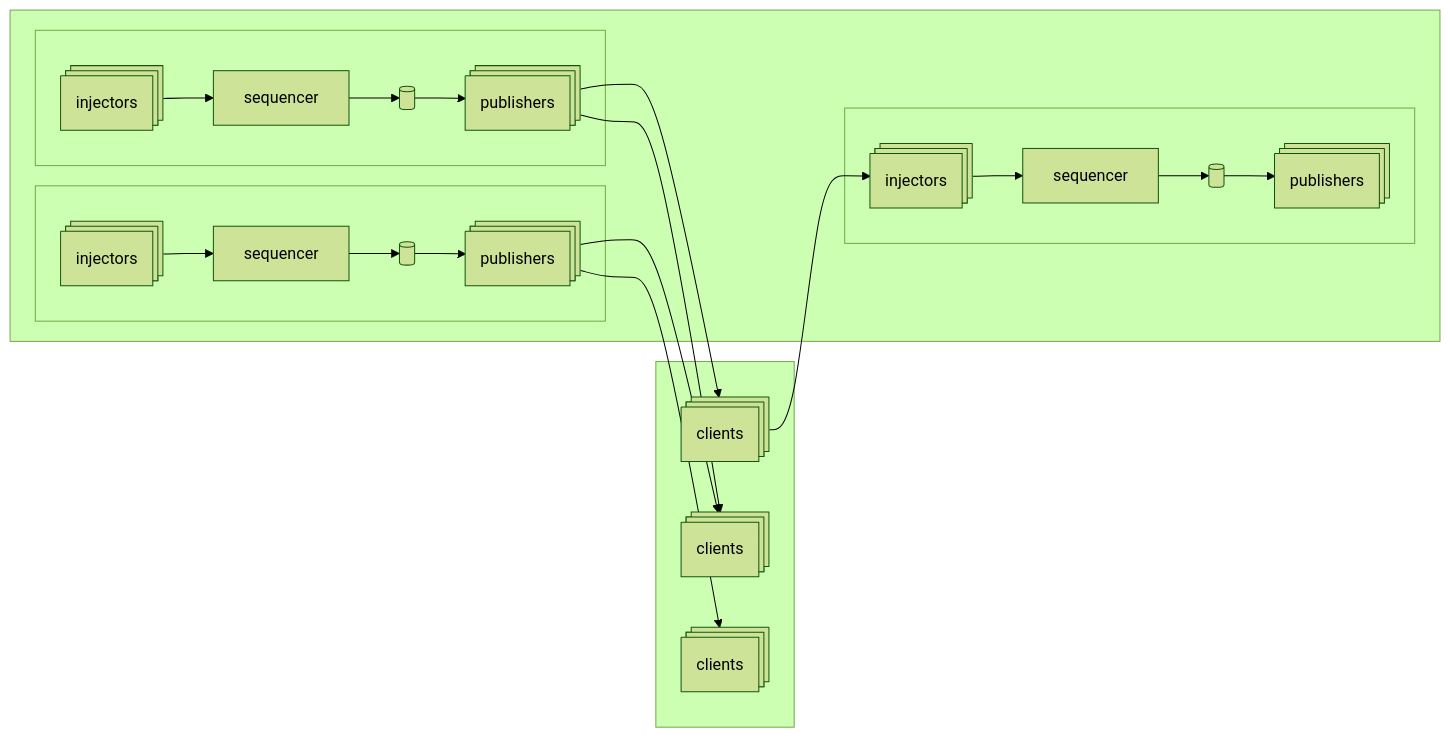
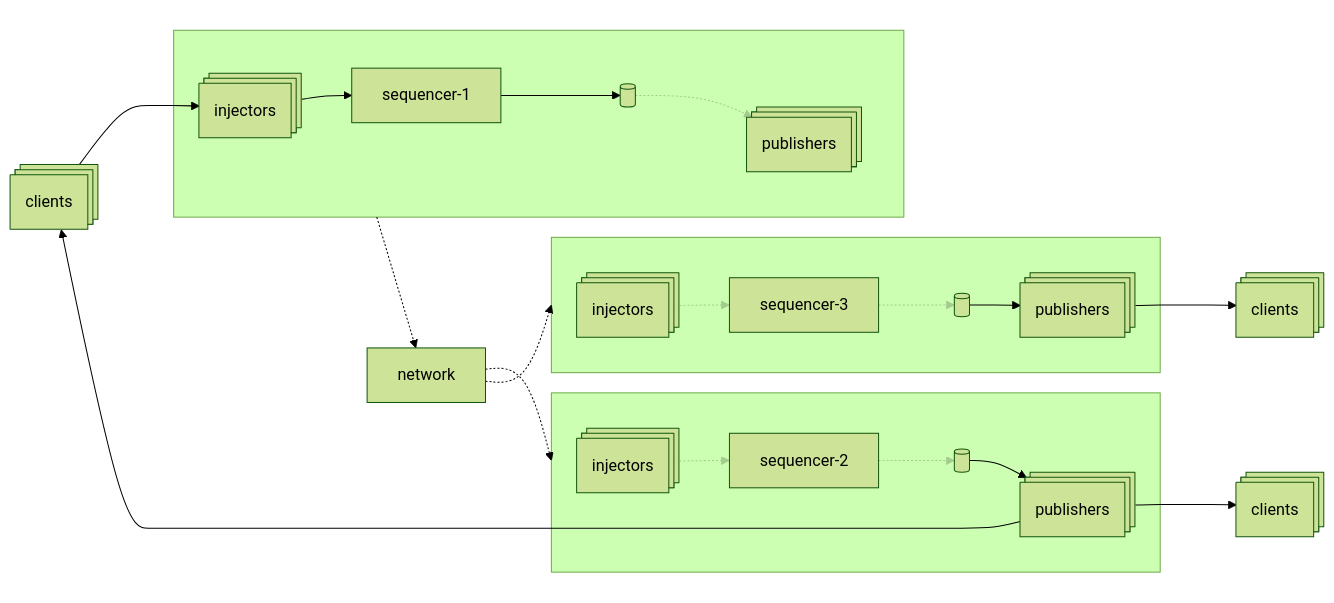
Before and after one commit to dpatti/nyc-systems-aria-talk: the diagram in slides.md, drawn with Mermaid (forest theme). The commit also changed other lines of this file and 2 other files, not shown here.

Commit message:
mental model, small polish

````diff
--- a/slides.md
+++ b/slides.md
@@ -345,49 +336,64 @@
 ```mermaid {scale: 0.8}
 graph LR
-  subgraph clients [" "]
+    classDef inactive-edge opacity:0.2
     producers:::client@{ shape: st-rect, label: "clients" }
     consumers-1:::client@{ shape: st-rect, label: "clients" }
     consumers-2:::client@{ shape: st-rect, label: "clients" }
-  end
-  subgraph aria [" "]
-    subgraph node-1 [" "]
-      injectors-1:::core@{ shape: st-rect, label: "injectors" }
-      sequencer-1:::primary@{ shape: rect, label: "sequencer" }
-      publishers-1:::inactive@{ shape: st-rect, label: "publishers" }
-      disk-1:::disk@{ shape: cyl, label: " " }
-      injectors-1 e2@--> sequencer-1
-      sequencer-1 e3@--> disk-1
-      disk-1 e4@--> publishers-1
+    subgraph aria [" "]
+      subgraph node-1 [" "]
+        injectors-1:::core@{ shape: st-rect, label: "injectors" }
+        sequencer-1:::primary@{ shape: rect, label: "sequencer-1" }
+        publishers-1:::inactive@{ shape: st-rect, label: "publishers" }
+        disk-1:::disk@{ shape: cyl, label: " " }
+        class disk-1 core
+        injectors-1 e2@--> sequencer-1
+        sequencer-1 e3@--> disk-1
+        disk-1 e4@-.-> publishers-1
+        class e4 inactive-edge
+      end
+      subgraph node-2 [" "]
+        injectors-2:::inactive@{ shape: st-rect, label: "injectors" }
+        sequencer-2:::inactive@{ shape: rect, label: "sequencer-2" }
+        publishers-2:::core@{ shape: st-rect, label: "publishers" }
+        disk-2:::disk@{ shape: cyl, label: " " }
+        class disk-2 core
+        injectors-2 e8@-.-> sequencer-2
+        sequencer-2 e9@-.-> disk-2
+        disk-2 e10@--> publishers-2
+        class e8,e9 inactive-edge
+      end
+      subgraph node-3 [" "]
+        injectors-3:::inactive@{ shape: st-rect, label: "injectors" }
+        sequencer-3:::inactive@{ shape: rect, label: "sequencer-3" }
+        publishers-3:::core@{ shape: st-rect, label: "publishers" }
+        disk-3:::disk@{ shape: cyl, label: " " }
+        class disk-3 core
+        injectors-3 e11@-.-> sequencer-3
+        sequencer-3 e12@-.-> disk-3
+        disk-3 e13@--> publishers-3
+        class e11,e12 inactive-edge
+      end
+      network
     end
-    subgraph node-2 [" "]
-      injectors-2:::inactive@{ shape: st-rect, label: "injectors" }
-      sequencer-2:::inactive@{ shape: rect, label: "sequencer" }
-      publishers-2:::core@{ shape: st-rect, label: "publishers" }
-      disk-2:::disk@{ shape: cyl, label: " " }
-      injectors-2 e8@--> sequencer-2
-      sequencer-2 e9@--> disk-2
-      disk-2 e10@--> publishers-2
-    end
-    subgraph node-3 [" "]
-      injectors-3:::inactive@{ shape: st-rect, label: "injectors" }
-      sequencer-3:::inactive@{ shape: rect, label: "sequencer" }
-      publishers-3:::core@{ shape: st-rect, label: "publishers" }
-      disk-3:::disk@{ shape: cyl, label: " " }
-      injectors-3 e11@--> sequencer-3
-      sequencer-3 e12@--> disk-3
-      disk-3 e13@--> publishers-3
-    end
+    %% aria is only a layout container; hide its panel
+    style aria fill:none,stroke:none
+    %% mcast@{ label: " " }
+    %% mcast ~~~ node-1 & node-2 & node-3
+    %% mcast --> disk-2
+    %% mcast --> disk-3
+    %% node-1 & node-2 & node-3 -.- anchor
     %% node-3 --> node-2
     %% node-2 --> node-1
-  end
-  %% subgraph test
-  %%   test-1
-  %% end
-  %% test-1 ~~~ injectors-1 & injectors-2 & injectors-3
   producers e1@--> injectors-1
-  publishers-2 --> producers
-  publishers-2 e6@--> consumers-1
-  publishers-3 --> consumers-1
-  publishers-3 e7@--> consumers-2
-  %% sequencer-2 --> disk-1 & disk-3
+  publishers-1 ~~~ producers
+  publishers-2 --> producers & consumers-1
+  publishers-3 --> consumers-2
+  network ~~~ node-1
+  network en1@-.-> node-2 & node-3
+  node-1 en2@-.-> network
+  %% sequencer-1 & sequencer-2 --- sequencer-1 & sequencer-2
+  %% sequencer-1 e99@--> mcast
+  %% sequencer-2 ~~~ disk-1
+  %% sequencer-3 ~~~ disk-1
+  %% e99@{ animate: true }
 ```
````
